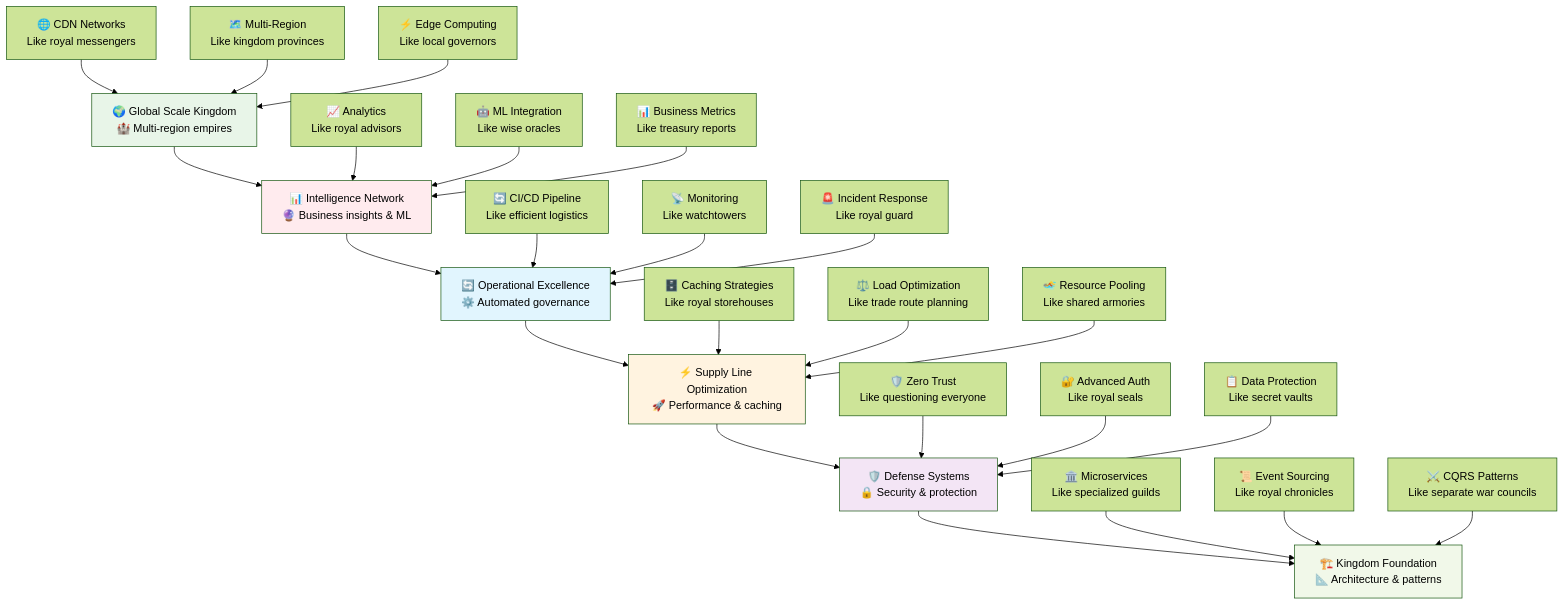
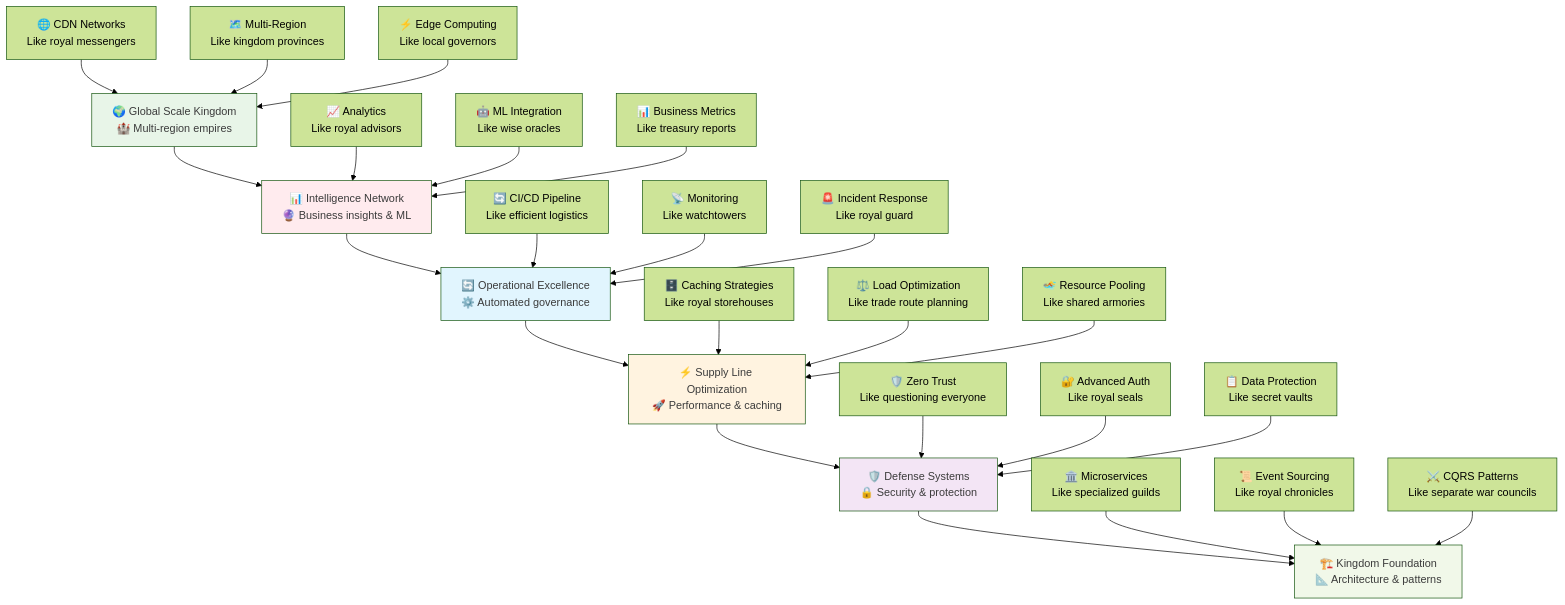
Before and after one commit to ridwanspace/restful-fastapi-guideline: the first of 4 diagrams in app/docs/03_intermediate/08-best-practices/page.mdx, drawn with Mermaid (forest theme). The commit also changed other lines of this file and 13 other files, not shown here.

First line of the commit message:
💄 style(docs): improve readability of diagrams

````diff
--- a/app/docs/03_intermediate/08-best-practices/page.mdx
+++ b/app/docs/03_intermediate/08-best-practices/page.mdx
@@ -50,46 +50,46 @@
 ```mermaid
 graph TD
     A[🌍 Global Scale Kingdom<br/>🏰 Multi-region empires]
     B[📊 Intelligence Network<br/>🔮 Business insights & ML]
     C[🔄 Operational Excellence<br/>⚙️ Automated governance]
     D[⚡ Supply Line Optimization<br/>🚀 Performance & caching]
     E[🛡️ Defense Systems<br/>🔒 Security & protection]
     F[🏗️ Kingdom Foundation<br/>📐 Architecture & patterns]
     
     A --> B
     B --> C
     C --> D
     D --> E
     E --> F
     
     A1[🌐 CDN Networks<br/>Like royal messengers] --> A
     A2[🗺️ Multi-Region<br/>Like kingdom provinces] --> A
     A3[⚡ Edge Computing<br/>Like local governors] --> A
     
     B1[📈 Analytics<br/>Like royal advisors] --> B
     B2[🤖 ML Integration<br/>Like wise oracles] --> B
     B3[📊 Business Metrics<br/>Like treasury reports] --> B
     
     C1[🔄 CI/CD Pipeline<br/>Like efficient logistics] --> C
     C2[📡 Monitoring<br/>Like watchtowers] --> C
     C3[🚨 Incident Response<br/>Like royal guard] --> C
     
     D1[🗄️ Caching Strategies<br/>Like royal storehouses] --> D
     D2[⚖️ Load Optimization<br/>Like trade route planning] --> D
     D3[🏊 Resource Pooling<br/>Like shared armories] --> D
     
     E1[🛡️ Zero Trust<br/>Like questioning everyone] --> E
     E2[🔐 Advanced Auth<br/>Like royal seals] --> E
     E3[📋 Data Protection<br/>Like secret vaults] --> E
     
     F1[🏛️ Microservices<br/>Like specialized guilds] --> F
     F2[📜 Event Sourcing<br/>Like royal chronicles] --> F
     F3[⚔️ CQRS Patterns<br/>Like separate war councils] --> F
     
-    style A fill:#e8f5e8
-    style B fill:#ffebee
-    style C fill:#e1f5fe
-    style D fill:#fff3e0
-    style E fill:#f3e5f5
-    style F fill:#f1f8e9
+    style A fill:#e8f5e8,color:#3b3b3b
+    style B fill:#ffebee,color:#3b3b3b
+    style C fill:#e1f5fe,color:#3b3b3b
+    style D fill:#fff3e0,color:#3b3b3b
+    style E fill:#f3e5f5,color:#3b3b3b
+    style F fill:#f1f8e9,color:#3b3b3b
 ```
````
